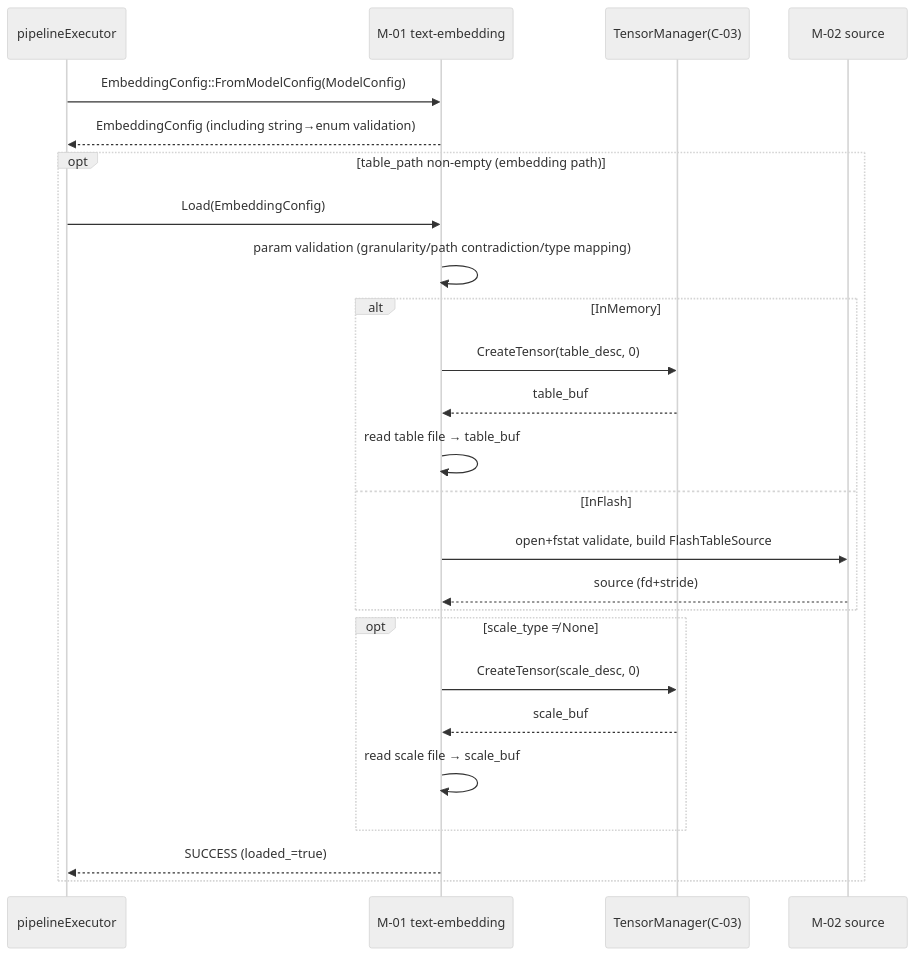
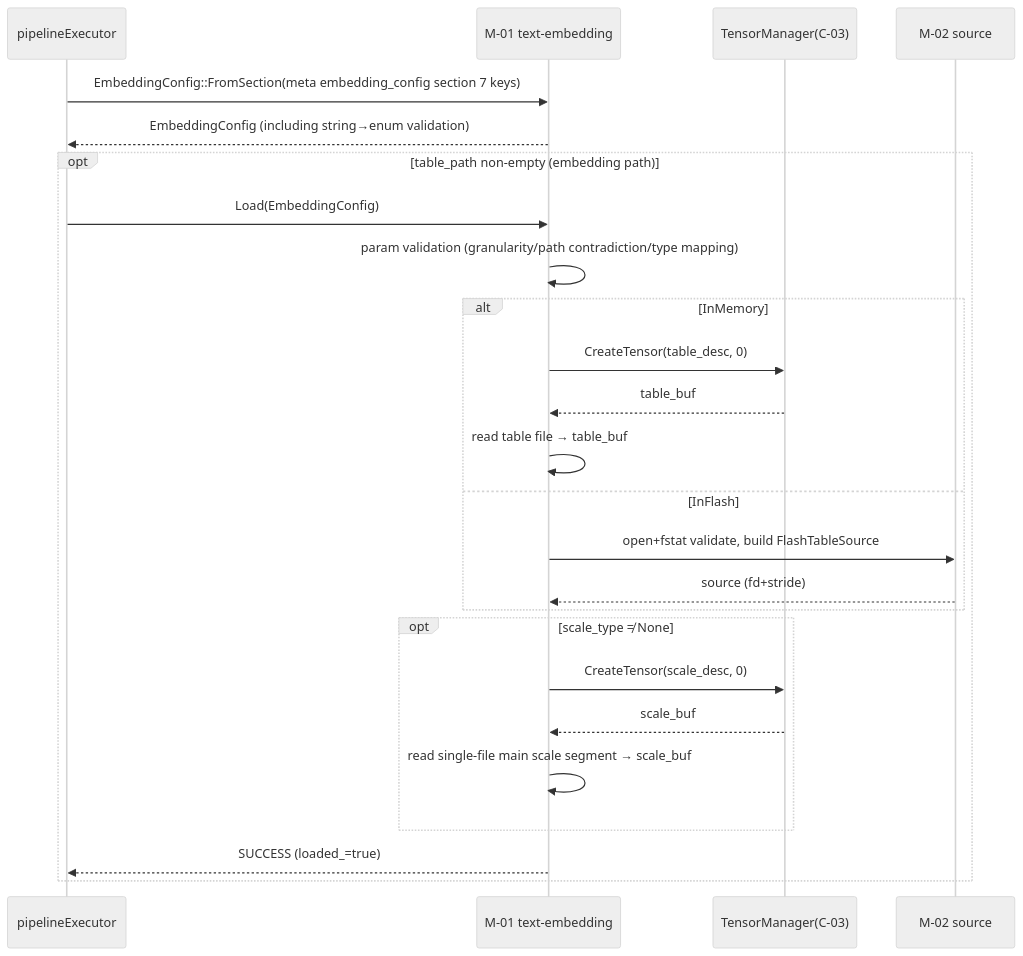
The second of 5 diagrams in docs/en/cann_lm_engine/embedding/DESIGN.md (hicann/cann-local-lm), drawn with Mermaid (neutral theme) before and after one commit. The commit also changed other lines of this file and 17 other files, not shown here.

````diff
--- a/docs/en/cann_lm_engine/embedding/DESIGN.md
+++ b/docs/en/cann_lm_engine/embedding/DESIGN.md
@@ -663,27 +660,27 @@
 ```mermaid
 sequenceDiagram
   participant PE as pipelineExecutor
   participant TE as M-01 text-embedding
   participant TM as TensorManager(C-03)
   participant SRC as M-02 source
-  PE->>TE: EmbeddingConfig::FromModelConfig(ModelConfig)
+  PE->>TE: EmbeddingConfig::FromSection(meta embedding_config section 7 keys)
   TE-->>PE: EmbeddingConfig (including string→enum validation)
   opt table_path non-empty (embedding path)
   PE->>TE: Load(EmbeddingConfig)
   TE->>TE: param validation (granularity/path contradiction/type mapping)
   alt InMemory
     TE->>TM: CreateTensor(table_desc, 0)
     TM-->>TE: table_buf
     TE->>TE: read table file → table_buf
   else InFlash
     TE->>SRC: open+fstat validate, build FlashTableSource
     SRC-->>TE: source (fd+stride)
   end
   opt scale_type ≠ None
     TE->>TM: CreateTensor(scale_desc, 0)
     TM-->>TE: scale_buf
-    TE->>TE: read scale file → scale_buf
+    TE->>TE: read single-file main scale segment → scale_buf
   end
   TE-->>PE: SUCCESS (loaded_=true)
   end
 ```
````
